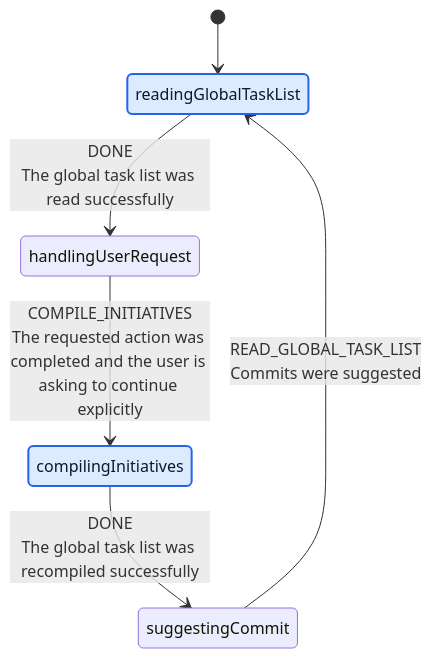
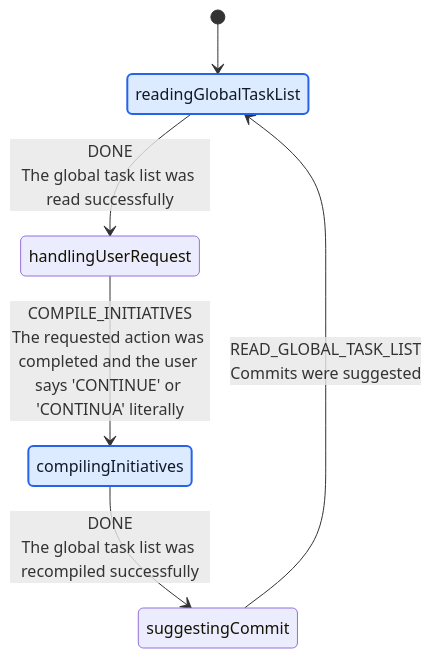
The diagram in graph-engineering/jobs/manage-tasks/GRAPH.md (anurbanlion/graph-engineering-lite-skill), drawn with Mermaid before and after one commit. The commit also changed 3 other files, not shown here.

Commit message:
feat(manage-tasks): update graph flow and migration definitions

````diff
--- a/graph-engineering/jobs/manage-tasks/GRAPH.md
+++ b/graph-engineering/jobs/manage-tasks/GRAPH.md
@@ -3,18 +3,18 @@
 ```mermaid
 stateDiagram-v2
 
     [*] --> readingGlobalTaskList
 
     readingGlobalTaskList --> handlingUserRequest: DONE<br/>The global task list was read successfully
 
-    handlingUserRequest --> compilingInitiatives: COMPILE_INITIATIVES<br/>The requested action was completed and the user is asking to continue explicitly
+    handlingUserRequest --> compilingInitiatives: COMPILE_INITIATIVES<br/>The requested action was completed and the user says 'CONTINUE' or 'CONTINUA' literally
 
     compilingInitiatives --> suggestingCommit: DONE<br/>The global task list was recompiled successfully
 
     suggestingCommit --> readingGlobalTaskList: READ_GLOBAL_TASK_LIST<br/>Commits were suggested
 
     classDef scriptState fill:#DCEBFF,stroke:#2563EB,stroke-width:2px,color:#111827
     classDef switchState fill:#FEE2E2,stroke:#DC2626,stroke-width:2px,color:#111827
 
     class readingGlobalTaskList,compilingInitiatives scriptState
 ```
````
